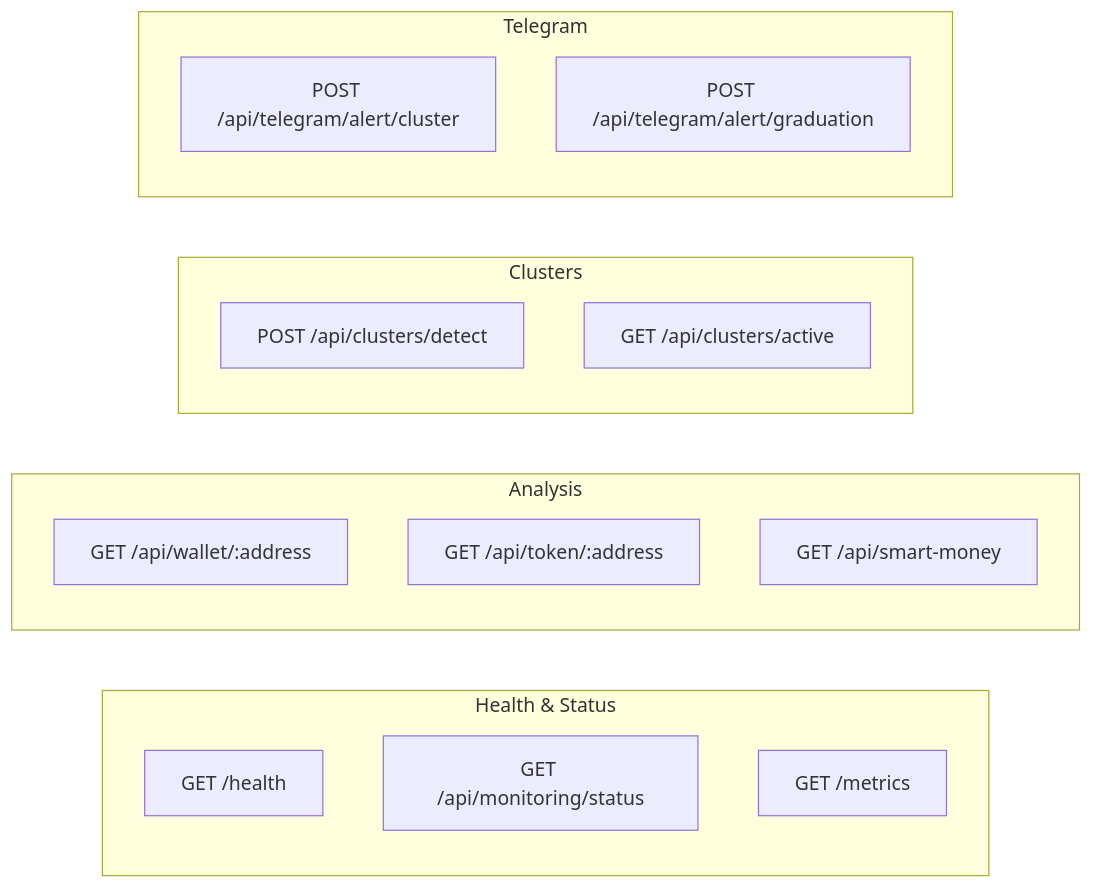
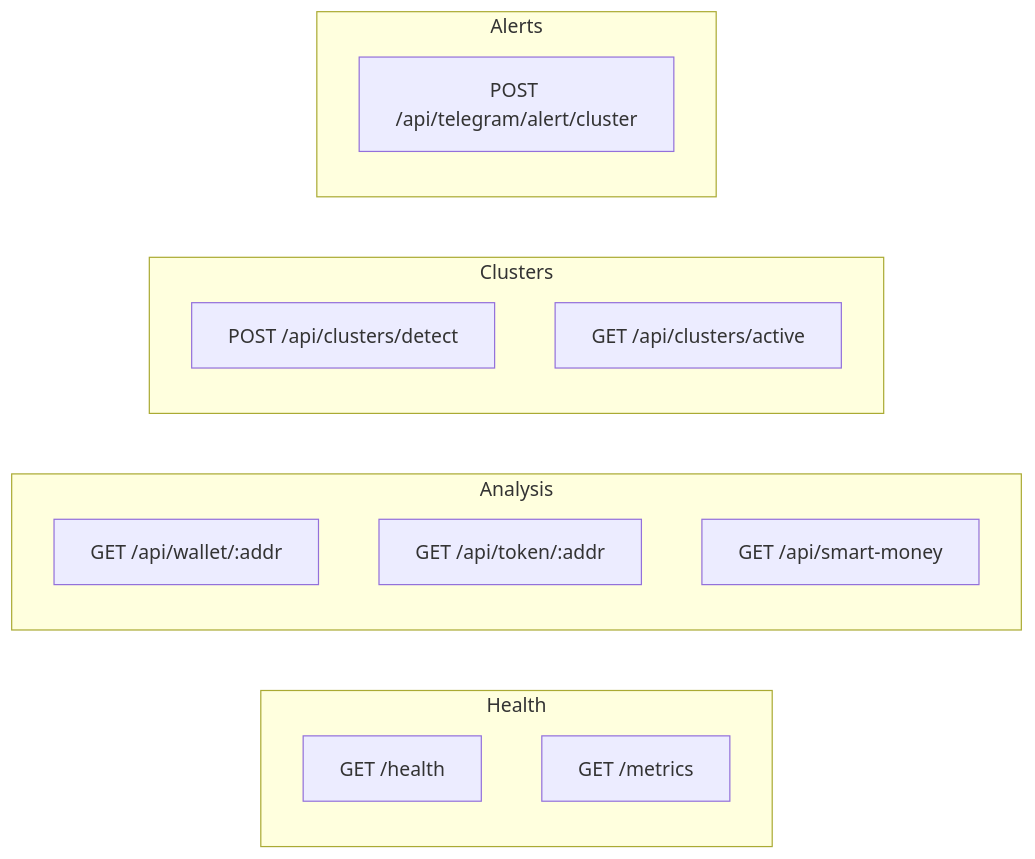
Before and after one commit to blablablasealsaresoft/pumpfun-intelligence: the tenth of 15 diagrams in README.md, drawn with Mermaid. The commit also changed other lines of this file, not shown here.

````diff
--- a/README.md
+++ b/README.md
@@ -597,24 +498,22 @@
 ```mermaid
 graph LR
-    subgraph Health["Health & Status"]
+    subgraph Health
         A[GET /health]
-        B[GET /api/monitoring/status]
-        C[GET /metrics]
+        B[GET /metrics]
     end
 
-    subgraph Analysis["Analysis"]
-        D[GET /api/wallet/:address]
-        E[GET /api/token/:address]
-        F[GET /api/smart-money]
+    subgraph Analysis
+        C[GET /api/wallet/:addr]
+        D[GET /api/token/:addr]
+        E[GET /api/smart-money]
     end
 
-    subgraph Clusters["Clusters"]
-        G[POST /api/clusters/detect]
-        H[GET /api/clusters/active]
+    subgraph Clusters
+        F[POST /api/clusters/detect]
+        G[GET /api/clusters/active]
     end
 
-    subgraph Alerts["Telegram"]
-        I[POST /api/telegram/alert/cluster]
-        J[POST /api/telegram/alert/graduation]
+    subgraph Alerts
+        H[POST /api/telegram/alert/cluster]
     end
 ```
````
